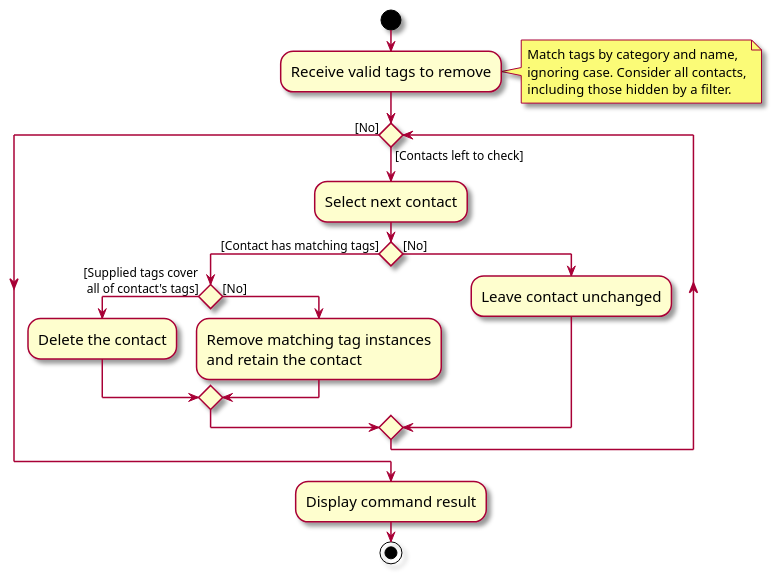
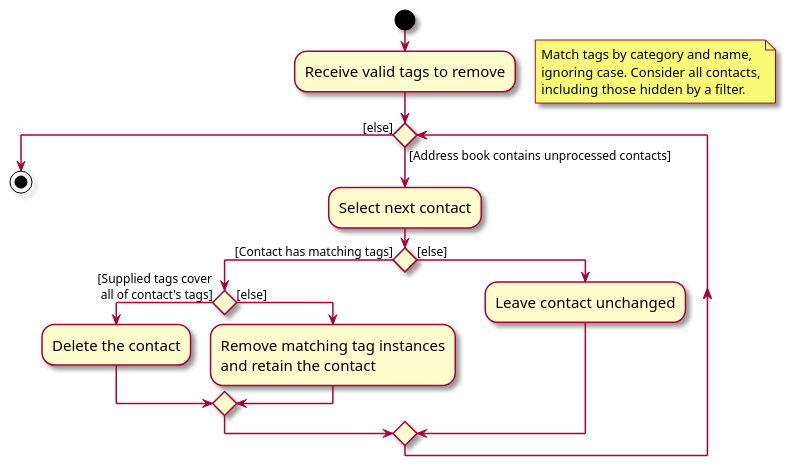
Before and after one commit to AY2627S1-CS2103T-T13-1/tp: the diagram in docs/diagrams/BulkDeleteActivityDiagram.puml, drawn with PlantUML. The commit also changed 1 other file, not shown here.

Commit message:
Update activity diagram for bulk delete

```diff
--- a/docs/diagrams/BulkDeleteActivityDiagram.puml
+++ b/docs/diagrams/BulkDeleteActivityDiagram.puml
@@ -1,29 +1,30 @@
 @startuml
 skin rose
 skinparam ActivityFontSize 15
 skinparam ArrowFontSize 12
 
 start
 :Receive valid tags to remove;
-note right
+
+floating note right
   Match tags by category and name,
   ignoring case. Consider all contacts,
   including those hidden by a filter.
 end note
 
-while () is ([Contacts left to check])
+while () is ([Address book contains unprocessed contacts])
     :Select next contact;
     if () then ([Contact has matching tags])
         if () then ([Supplied tags cover\n all of contact's tags])
             :Delete the contact;
-        else ([No])
+        else ([else])
             :Remove matching tag instances\nand retain the contact;
         endif
-    else ([No])
+    else ([else])
         :Leave contact unchanged;
     endif
-endwhile ([No])
+endwhile ([else])
 
-:Display command result;
+
 stop
 @enduml
```
